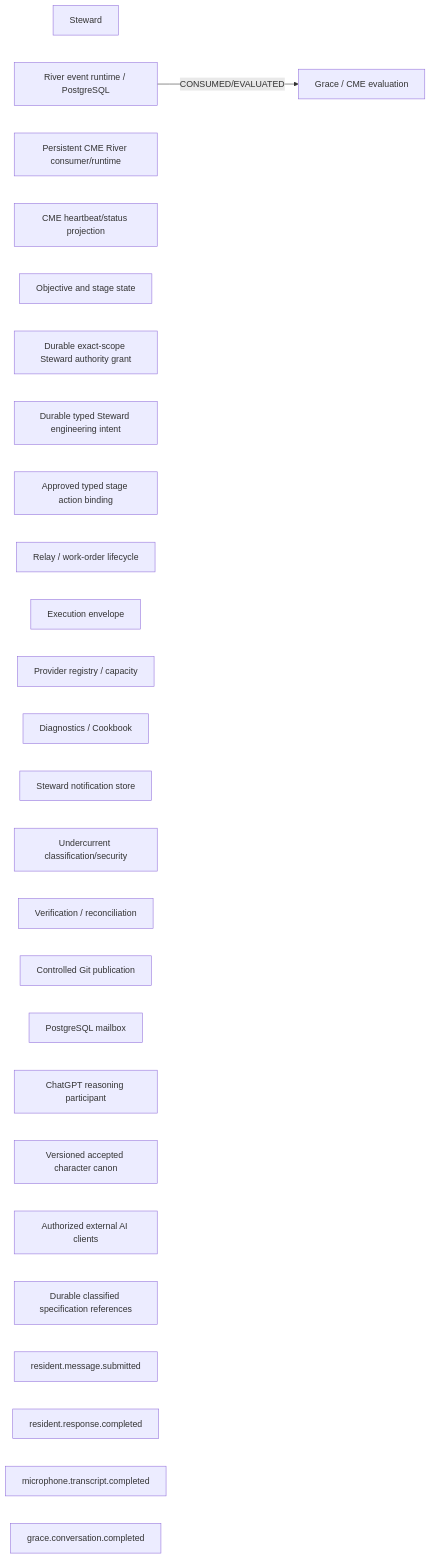
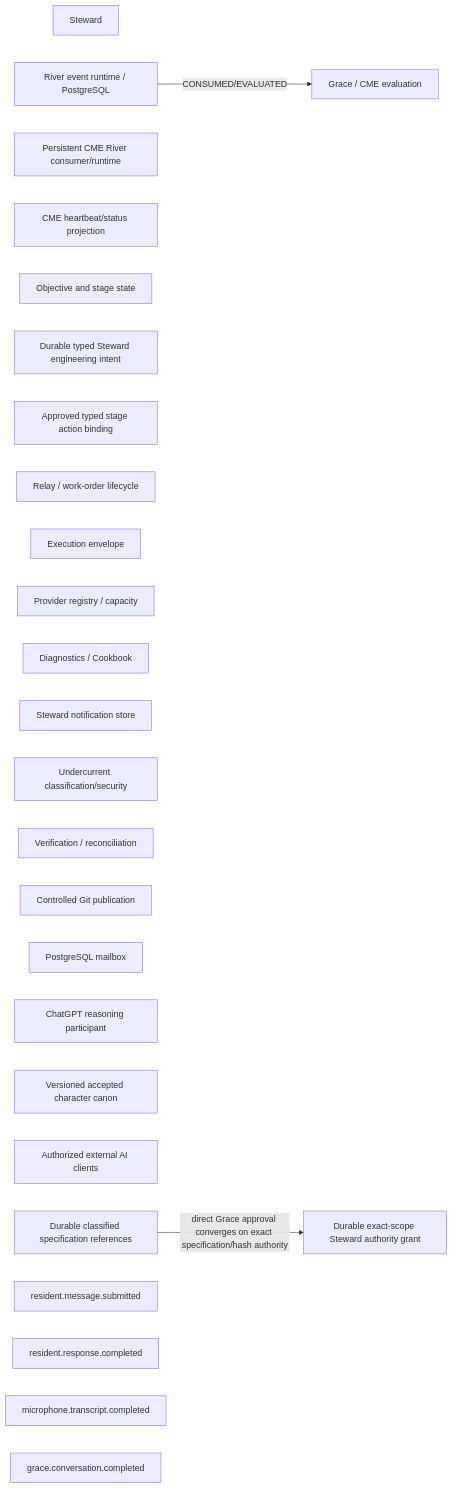
One commit to ppow1/Riverview changed the diagram in docs/architecture/graph_views/04_resident_conversation.mmd. Above: the diagram before and after it, drawn with Mermaid. The commit also changed 12 other files, not shown here.

Commit message:
Recognize approved direct Grace execution intent

```diff
--- a/docs/architecture/graph_views/04_resident_conversation.mmd
+++ b/docs/architecture/graph_views/04_resident_conversation.mmd
@@ -1,28 +1,29 @@
 flowchart LR
     steward["Steward"]
     river["River event runtime / PostgreSQL"]
     cme_runtime["Persistent CME River consumer/runtime"]
     cme_status_projection["CME heartbeat/status projection"]
     grace["Grace / CME evaluation"]
     objective_state["Objective and stage state"]
     steward_authority["Durable exact-scope Steward authority grant"]
     engineering_intent["Durable typed Steward engineering intent"]
     declared_action_binding["Approved typed stage action binding"]
     relay["Relay / work-order lifecycle"]
     execution_envelope["Execution envelope"]
     providers["Provider registry / capacity"]
     diagnostics["Diagnostics / Cookbook"]
     notifications["Steward notification store"]
     undercurrent["Undercurrent classification/security"]
     verification["Verification / reconciliation"]
     publication["Controlled Git publication"]
     mailbox["PostgreSQL mailbox"]
     chatgpt["ChatGPT reasoning participant"]
     character_canon["Versioned accepted character canon"]
     external_ai_clients["Authorized external AI clients"]
     specification_store["Durable classified specification references"]
     flow_event_resident_message_submitted["resident.message.submitted"]
     flow_event_resident_response_completed["resident.response.completed"]
     flow_event_microphone_transcript_completed["microphone.transcript.completed"]
     flow_event_grace_conversation_completed["grace.conversation.completed"]
+    specification_store -->|direct Grace approval converges on exact specification/hash authority| steward_authority
     river -->|CONSUMED/EVALUATED| grace
```
